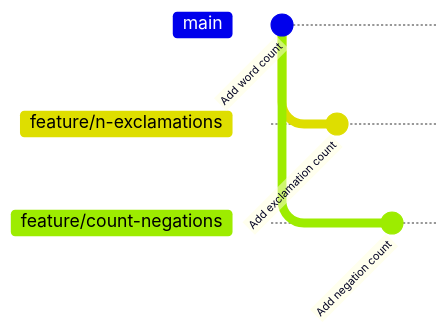
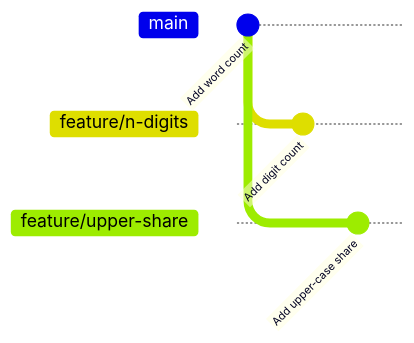
Before and after one commit to khoadaniel/statistical-programming-mpmd-htw-ws-2026: the third of 6 diagrams in sessions/02-software-engineering/theory/03-git-github-and-ci.md, drawn with Mermaid. The commit also changed other lines of this file and 268 other files, not shown here.

````diff
--- a/sessions/02-software-engineering/theory/03-git-github-and-ci.md
+++ b/sessions/02-software-engineering/theory/03-git-github-and-ci.md
@@ -152,12 +153,12 @@
 ```mermaid
 gitGraph
   commit id: "Add word count"
-  branch feature/n-exclamations
-  checkout feature/n-exclamations
-  commit id: "Add exclamation count"
+  branch feature/n-digits
+  checkout feature/n-digits
+  commit id: "Add digit count"
   checkout main
-  branch feature/count-negations
-  checkout feature/count-negations
-  commit id: "Add negation count"
+  branch feature/upper-share
+  checkout feature/upper-share
+  commit id: "Add upper-case share"
   checkout main
 ```
````
